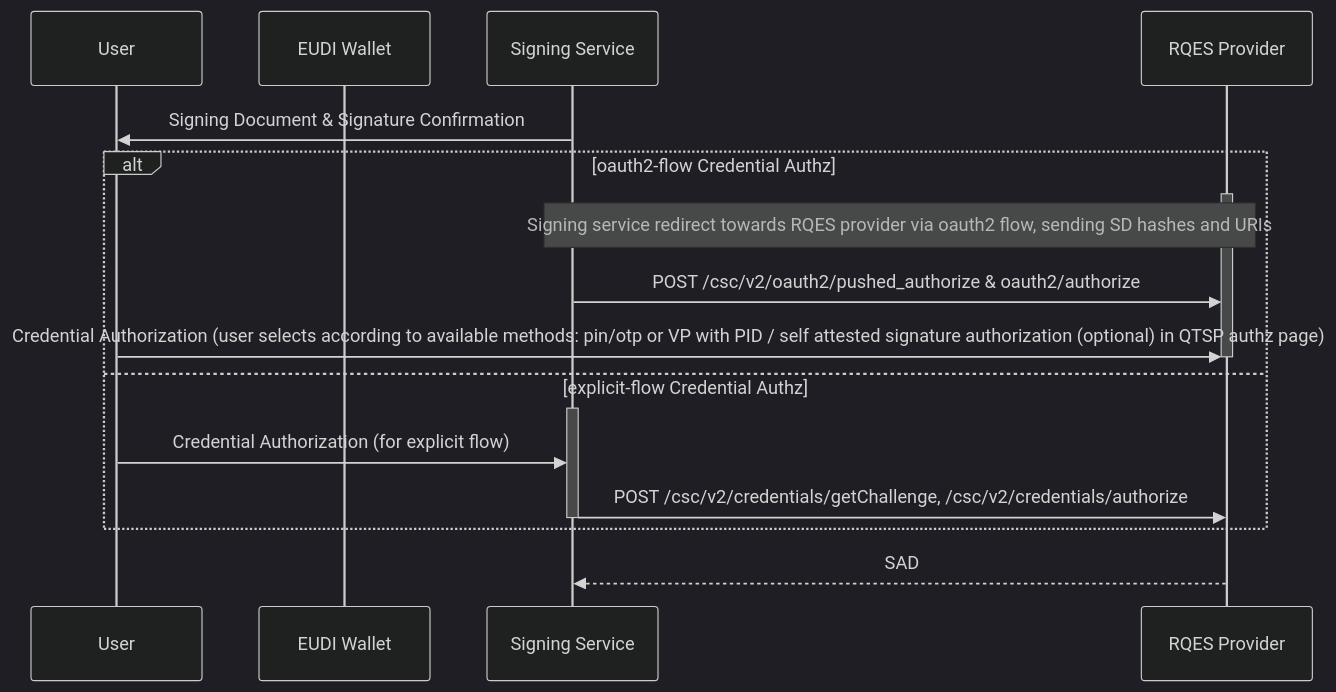
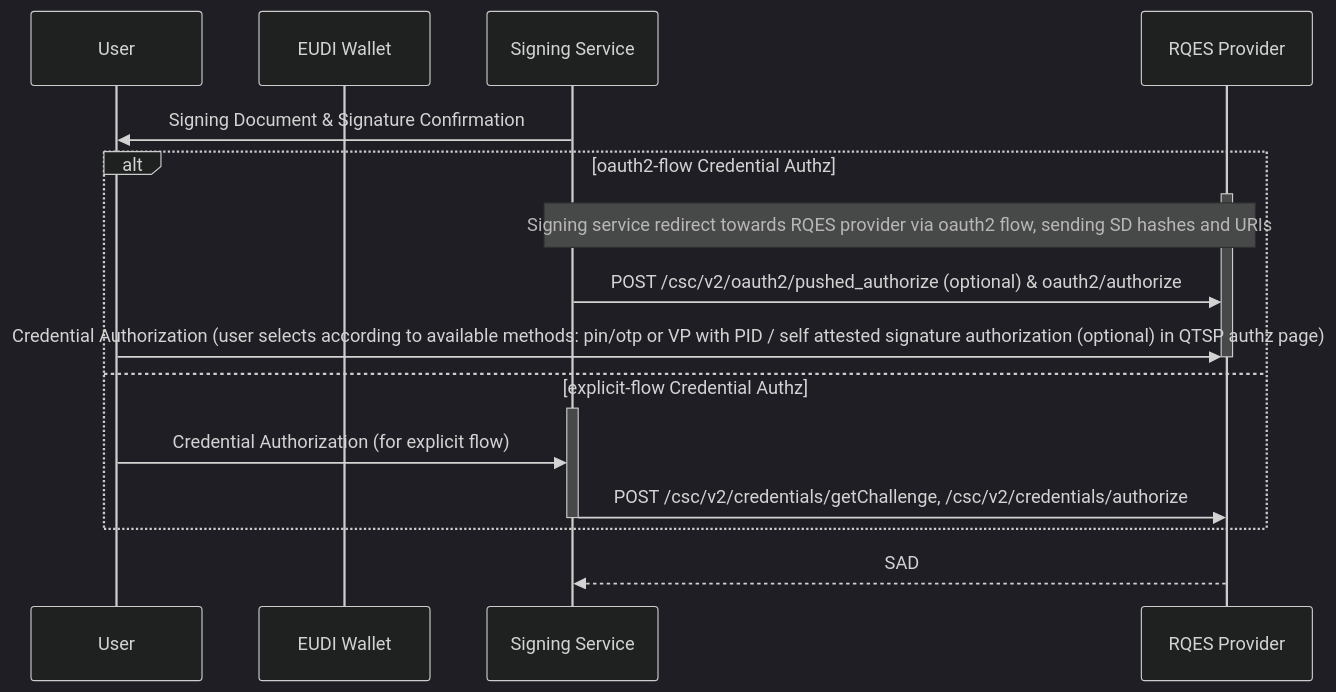
One commit to EWC-consortium/eudi-wallet-rfcs changed the fifth of 7 diagrams in ewc-rfc010-long-term-certifice-qes-creation.md. Above: the diagram before and after it, drawn with Mermaid (dark theme). The commit also changed other lines of this file, not shown here.

Commit message:
addedd details on authorization flow, and example of 'pushed_authorize' call

````diff
--- a/ewc-rfc010-long-term-certifice-qes-creation.md
+++ b/ewc-rfc010-long-term-certifice-qes-creation.md
@@ -438,22 +438,22 @@
 ```mermaid
    sequenceDiagram
   participant User
   participant EUDI Wallet
   participant Signing Service
 
   Signing Service->>User: Signing Document & Signature Confirmation
     alt oauth2-flow Credential Authz
       activate RQES Provider
       Note over Signing Service,RQES Provider: Signing service redirect towards RQES provider via oauth2 flow, sending SD hashes and URIs
-      Signing Service->>RQES Provider: POST /csc/v2/oauth2/pushed_authorize & oauth2/authorize
+      Signing Service->>RQES Provider: POST /csc/v2/oauth2/pushed_authorize (optional) & oauth2/authorize
       User->>RQES Provider: Credential Authorization (user selects according to available methods: pin/otp or VP with PID / self attested signature authorization (optional) in QTSP authz page)
       deactivate RQES Provider
     else explicit-flow Credential Authz
       activate Signing Service
       User->>Signing Service: Credential Authorization (for explicit flow)
       Signing Service->>RQES Provider: POST /csc/v2/credentials/getChallenge, /csc/v2/credentials/authorize
       deactivate Signing Service
     end
     RQES Provider-->>Signing Service: SAD
 
 ```
````
